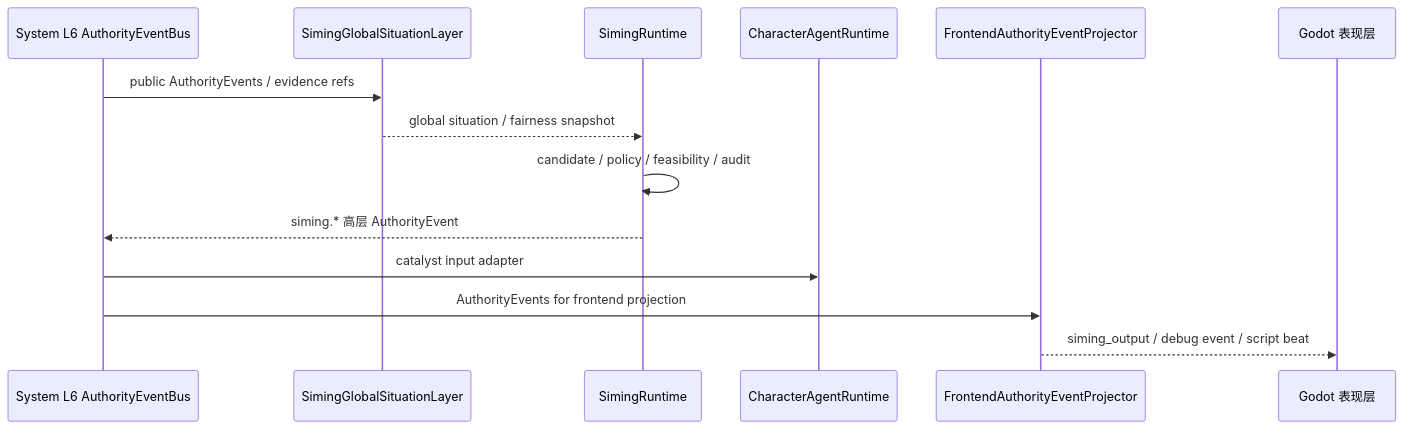
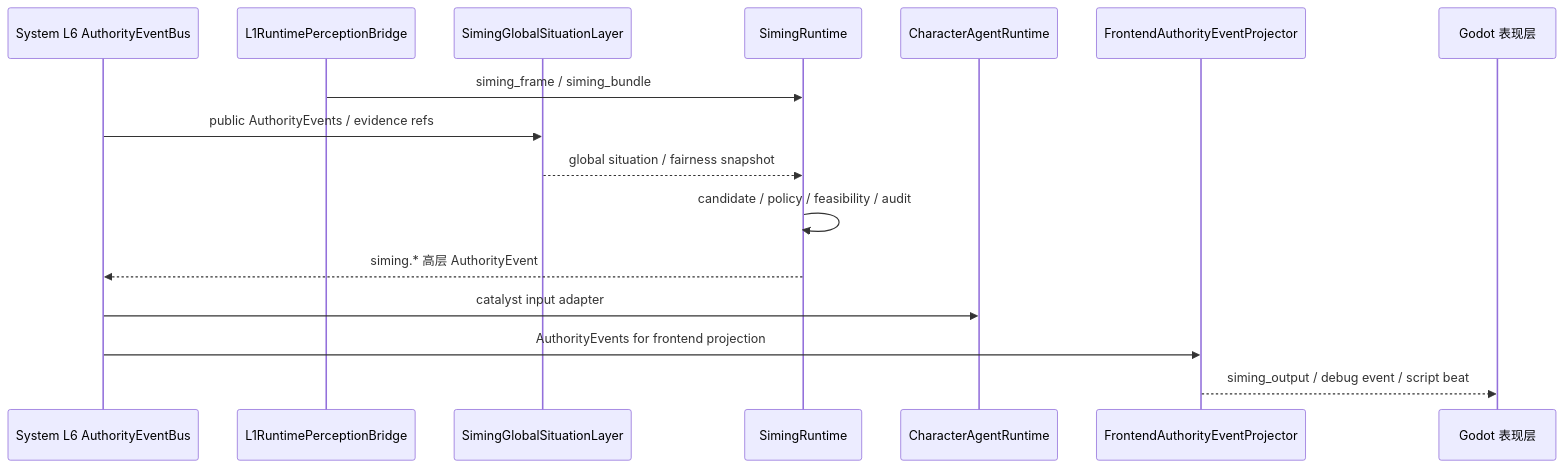
The diagram in docs/架构/运行时/模块/Siming.md (Dancing-coin/Paralls-phase0-1), drawn with Mermaid before and after one commit. The commit also changed other lines of this file and 3 other files, not shown here.

First line of the commit message:
Align the runtime architecture docs around the two-bridge model

````diff
--- a/docs/架构/运行时/模块/Siming.md
+++ b/docs/架构/运行时/模块/Siming.md
@@ -84,17 +88,19 @@
 ```mermaid
 sequenceDiagram
     participant L6 as System L6 AuthorityEventBus
+    participant L1Bridge as L1RuntimePerceptionBridge
     participant Situation as SimingGlobalSituationLayer
     participant Siming as SimingRuntime
     participant Character as CharacterAgentRuntime
     participant Projector as FrontendAuthorityEventProjector
     participant Godot as Godot 表现层
 
+    L1Bridge->>Siming: siming_frame / siming_bundle
     L6->>Situation: public AuthorityEvents / evidence refs
     Situation-->>Siming: global situation / fairness snapshot
     Siming->>Siming: candidate / policy / feasibility / audit
     Siming-->>L6: siming.* 高层 AuthorityEvent
     L6->>Character: catalyst input adapter
     L6->>Projector: AuthorityEvents for frontend projection
     Projector-->>Godot: siming_output / debug event / script beat
 ```
````
